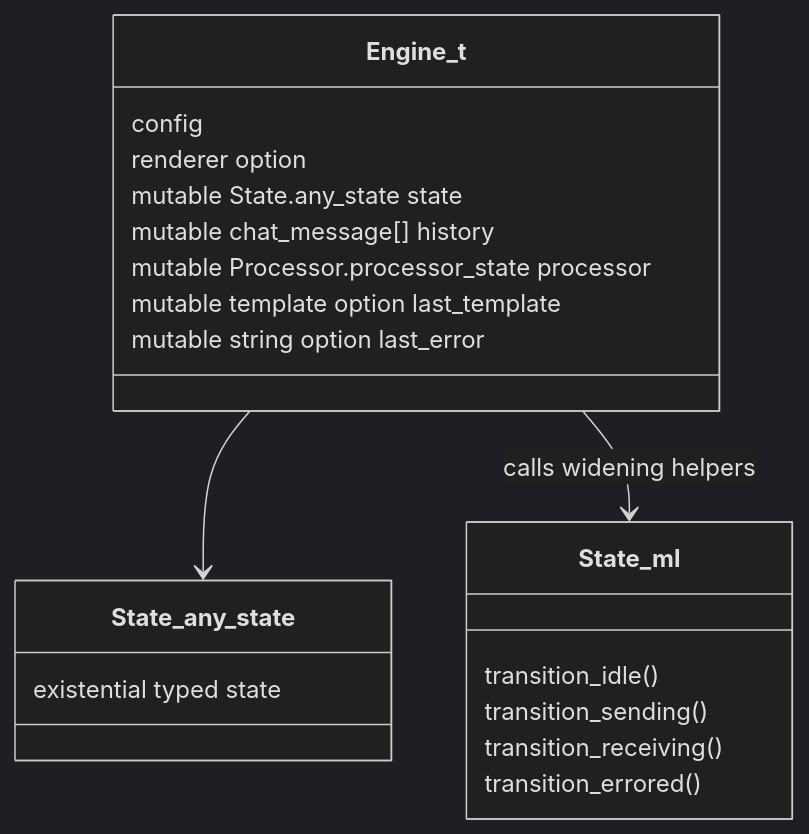
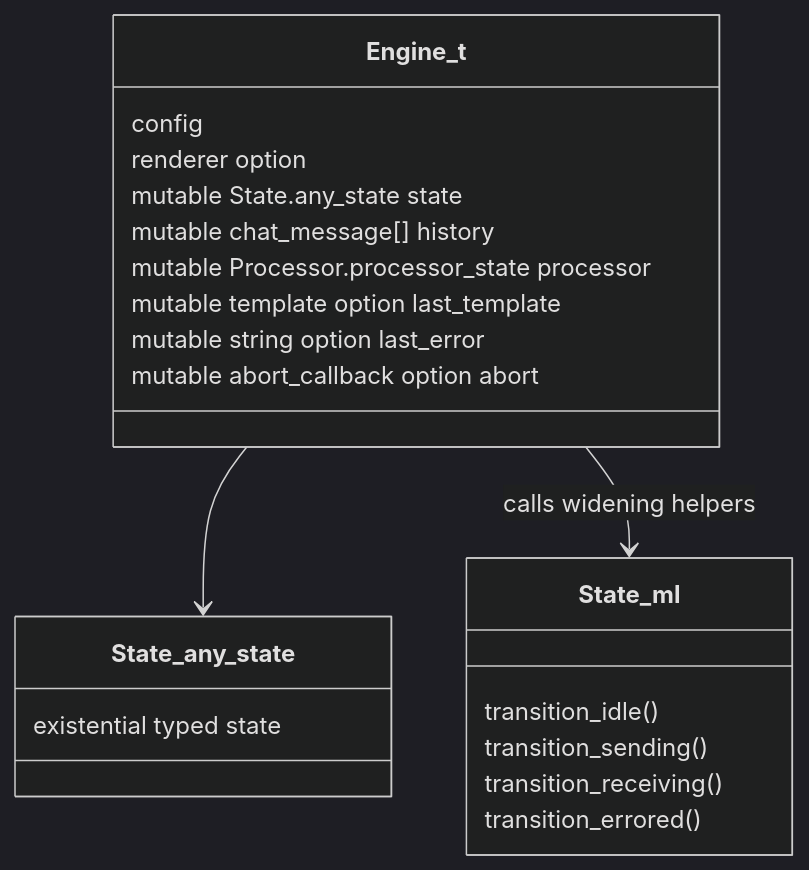
One commit to unhingingdog/ribosome-ui changed the fifth of 8 diagrams in architecture.md. Above: the diagram before and after it, drawn with Mermaid (dark theme). The commit also changed other lines of this file and 5 other files, not shown here.

Commit message:
update architecture md and stabbing in dark to make prompt good

````diff
--- a/architecture.md
+++ b/architecture.md
@@ -154,26 +167,27 @@
 ```mermaid
 classDiagram
   class Engine_t {
     config
     renderer option
     mutable State.any_state state
     mutable chat_message[] history
     mutable Processor.processor_state processor
     mutable template option last_template
     mutable string option last_error
+    mutable abort_callback option abort
   }
 
   class State_any_state {
     existential typed state
   }
 
   class State_ml {
     transition_idle()
     transition_sending()
     transition_receiving()
     transition_errored()
   }
 
   Engine_t --> State_any_state
   Engine_t --> State_ml : calls widening helpers
 ```
````
